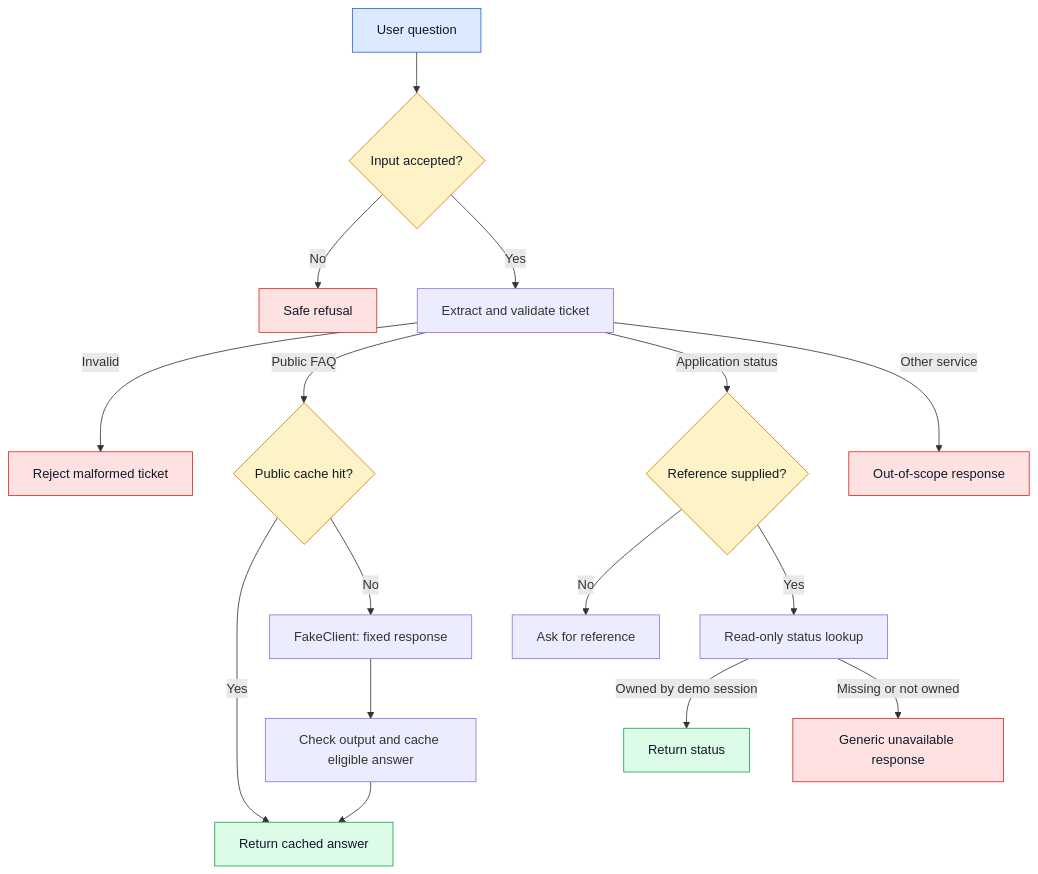
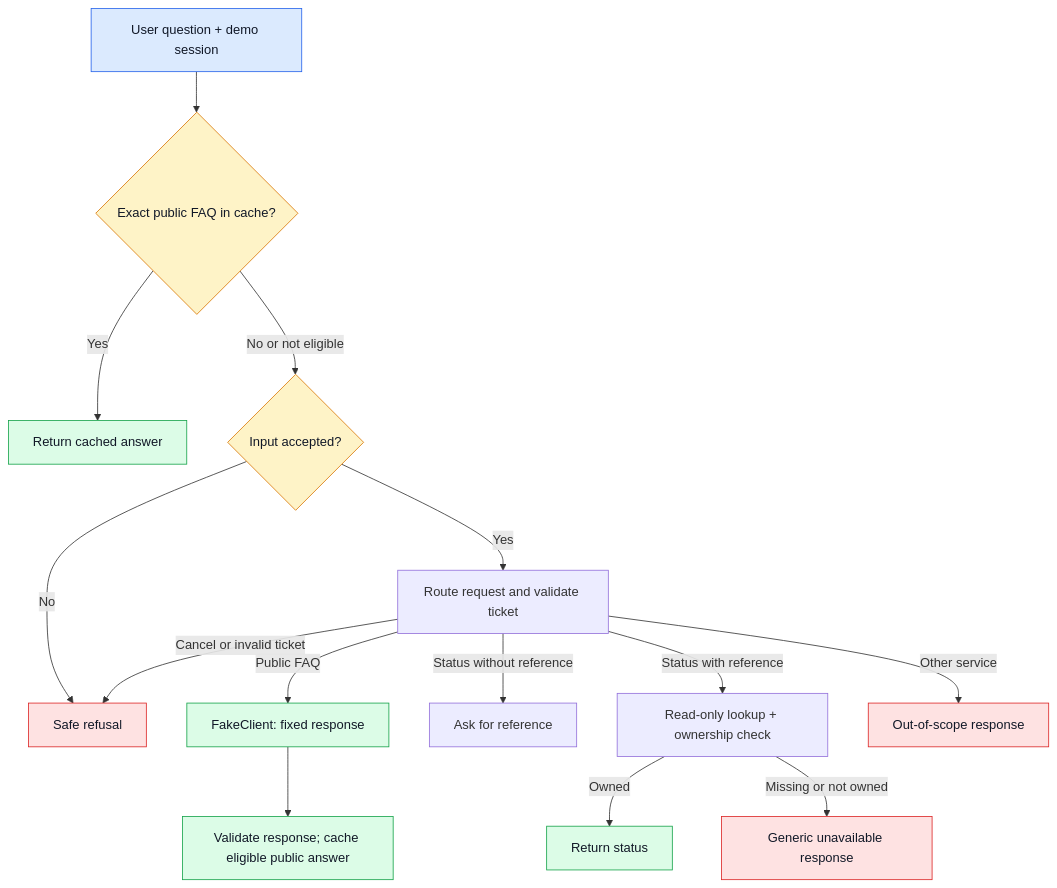
The diagram in README.md (monaalfayez09-rgb/murshid-llm-application-engineering-sda-MonaAlfayez), drawn with Mermaid before and after one commit.

````diff
--- a/README.md
+++ b/README.md
@@ -76,27 +76,29 @@
 ```mermaid
 flowchart TD
-    Q["User question"] --> G{"Input accepted?"}
+    Q["User question + demo session"] --> C{"Exact public FAQ in cache?"}
+    C -->|Yes| A["Return cached answer"]
+    C -->|No or not eligible| G{"Input accepted?"}
+
     G -->|No| R["Safe refusal"]
-    G -->|Yes| T["Extract and validate ticket"]
-    T -->|Invalid| I["Reject malformed ticket"]
-    T -->|Public FAQ| C{"Public cache hit?"}
-    C -->|Yes| A["Return cached answer"]
-    C -->|No| F["FakeClient: fixed response"]
-    F --> O["Check output and cache eligible answer"]
-    O --> A
-    T -->|Application status| N{"Reference supplied?"}
-    N -->|No| CL["Ask for reference"]
-    N -->|Yes| L["Read-only status lookup"]
-    L -->|Owned by demo session| S["Return status"]
+    G -->|Yes| T["Route request and validate ticket"]
+
+    T -->|Cancel or invalid ticket| R
+    T -->|Public FAQ| F["FakeClient: fixed response"]
+    T -->|Status without reference| CL["Ask for reference"]
+    T -->|Status with reference| L["Read-only lookup + ownership check"]
+    T -->|Other service| X["Out-of-scope response"]
+
+    L -->|Owned| S["Return status"]
     L -->|Missing or not owned| U["Generic unavailable response"]
-    T -->|Other service| X["Out-of-scope response"]
+    F --> V["Validate response; cache eligible public answer"]
 
     classDef question fill:#dbeafe,stroke:#2563eb,color:#111827
     classDef decision fill:#fef3c7,stroke:#d97706,color:#111827
     classDef safe fill:#dcfce7,stroke:#16a34a,color:#111827
     classDef stop fill:#fee2e2,stroke:#dc2626,color:#111827
+
     class Q question
-    class G,C,N decision
-    class A,S safe
-    class R,I,U,X stop
+    class C,G decision
+    class A,F,S,V safe
+    class R,U,X stop
 ```
````
